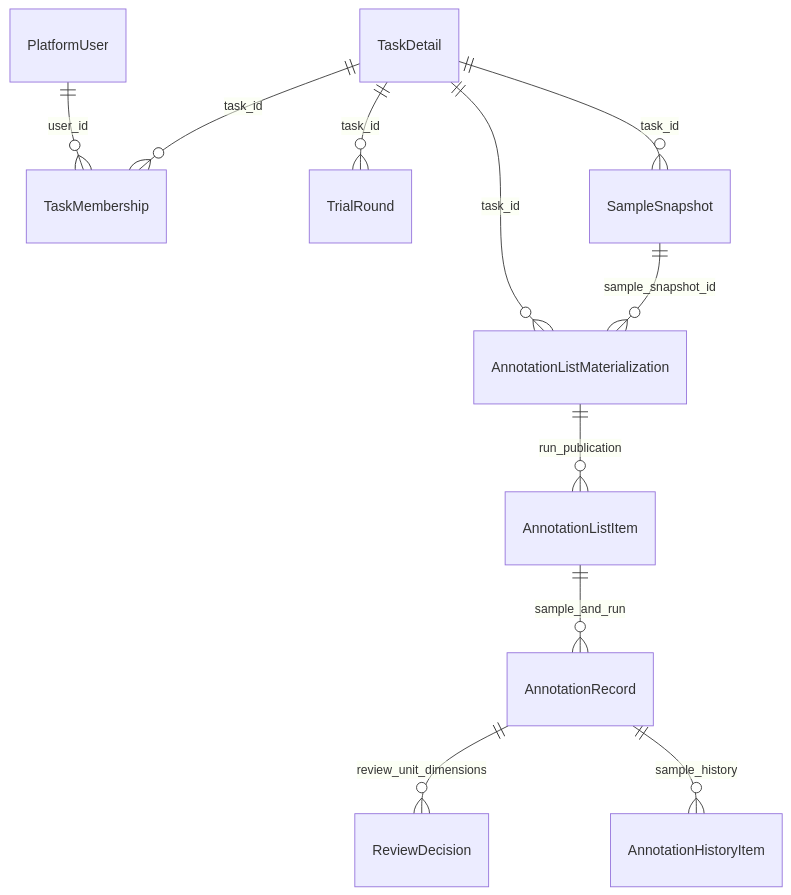
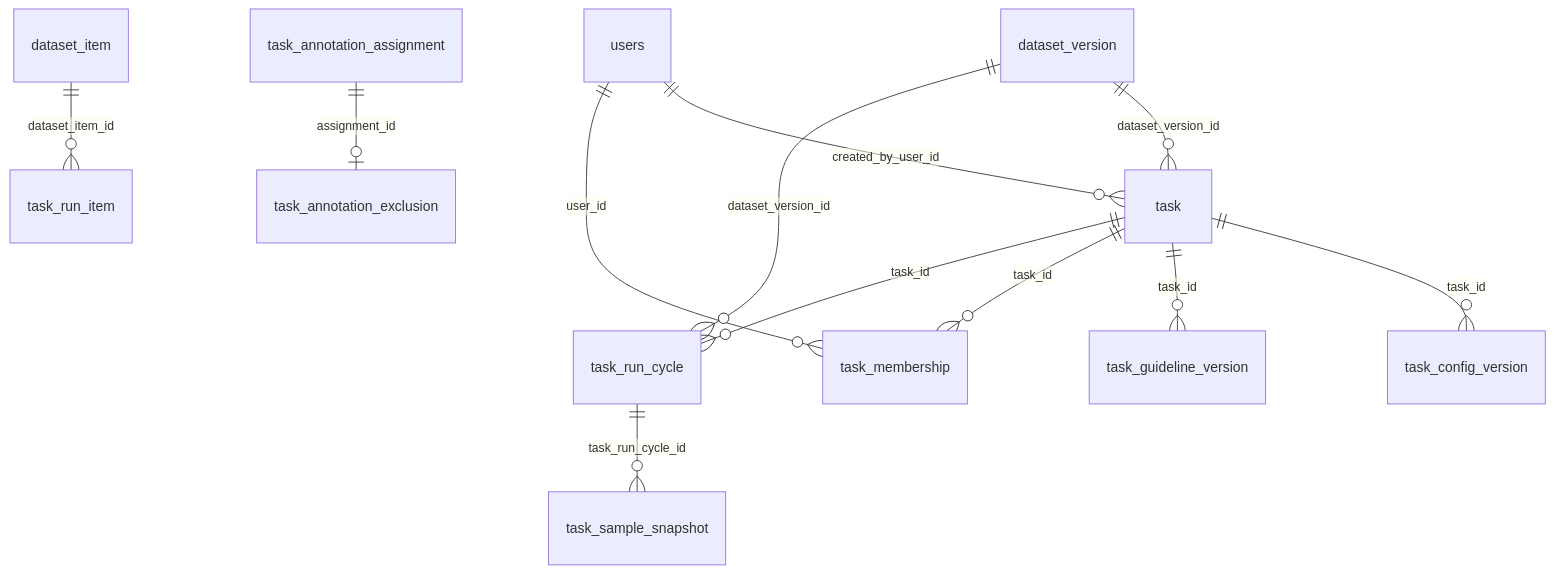
One commit to singyichen/label-suite changed the diagram in docs/diagrams/architecture/database-table-inventory.md. Above: the diagram before and after it, drawn with Mermaid. The commit also changed other lines of this file and 5 other files, not shown here.

First line of the commit message:
test: verify task run schema projection

````diff
--- a/docs/diagrams/architecture/database-table-inventory.md
+++ b/docs/diagrams/architecture/database-table-inventory.md
@@ -131,13 +130,14 @@
 ```mermaid
 erDiagram
-    PlatformUser ||--o{ TaskMembership : user_id
-    TaskDetail ||--o{ TaskMembership : task_id
-    TaskDetail ||--o{ TrialRound : task_id
-    TaskDetail ||--o{ SampleSnapshot : task_id
-    TaskDetail ||--o{ AnnotationListMaterialization : task_id
-    SampleSnapshot ||--o{ AnnotationListMaterialization : sample_snapshot_id
-    AnnotationListMaterialization ||--o{ AnnotationListItem : run_publication
-    AnnotationListItem ||--o{ AnnotationRecord : sample_and_run
-    AnnotationRecord ||--o{ ReviewDecision : review_unit_dimensions
-    AnnotationRecord ||--o{ AnnotationHistoryItem : sample_history
+    users ||--o{ task : created_by_user_id
+    dataset_version ||--o{ task : dataset_version_id
+    task ||--o{ task_config_version : task_id
+    task ||--o{ task_guideline_version : task_id
+    task ||--o{ task_membership : task_id
+    users ||--o{ task_membership : user_id
+    task ||--o{ task_run_cycle : task_id
+    dataset_version ||--o{ task_run_cycle : dataset_version_id
+    task_run_cycle ||--o{ task_sample_snapshot : task_run_cycle_id
+    dataset_item ||--o{ task_run_item : dataset_item_id
+    task_annotation_assignment ||--o| task_annotation_exclusion : assignment_id
 ```
````
